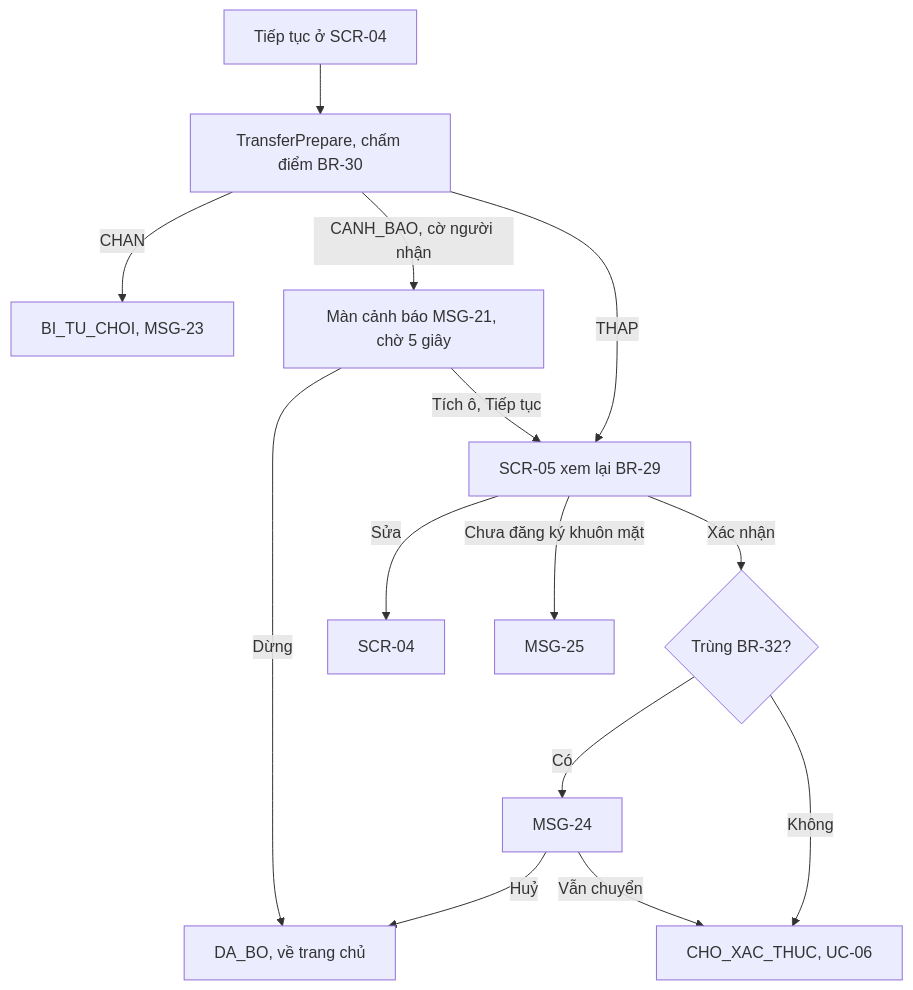
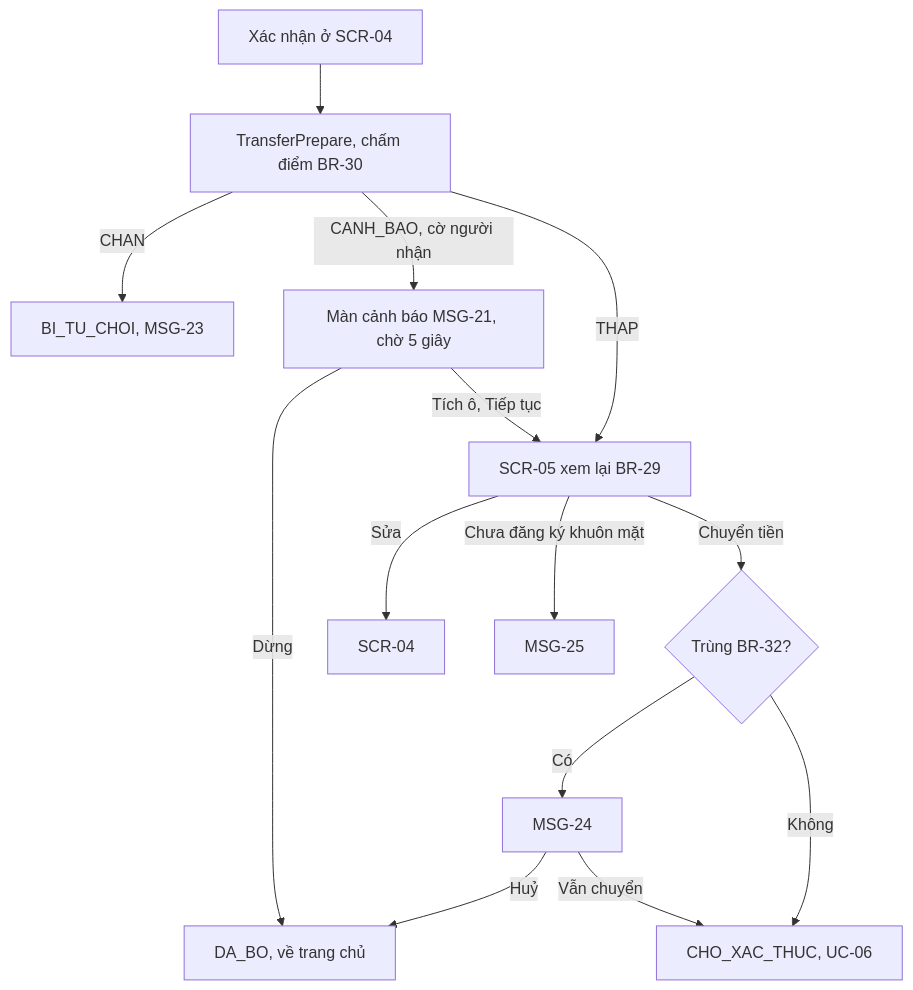
One commit to uxfoundation-vn/de07-chuyen-khoan-ngan-hang changed the eighth of 15 diagrams in docs/SRS.md. Above: the diagram before and after it, drawn with Mermaid. The commit also changed other lines of this file and 2 other files, not shown here.

First line of the commit message:
Đề 7: bấm Xác nhận ở màn chọn số tiền rồi mới xem lại giao dịch

````diff
--- a/docs/SRS.md
+++ b/docs/SRS.md
@@ -458,16 +458,16 @@
 ```mermaid
 flowchart TD
-  A["Tiếp tục ở SCR-04"] --> B["TransferPrepare, chấm điểm BR-30"]
+  A["Xác nhận ở SCR-04"] --> B["TransferPrepare, chấm điểm BR-30"]
   B -->|CHAN| B1["BI_TU_CHOI, MSG-23"]
   B -->|CANH_BAO, cờ người nhận| C["Màn cảnh báo MSG-21, chờ 5 giây"]
   C -->|Dừng| X["DA_BO, về trang chủ"]
   C -->|Tích ô, Tiếp tục| D
   B -->|THAP| D["SCR-05 xem lại BR-29"]
   D -->|Sửa| E["SCR-04"]
   D -->|Chưa đăng ký khuôn mặt| D1["MSG-25"]
-  D -->|Xác nhận| F{"Trùng BR-32?"}
+  D -->|Chuyển tiền| F{"Trùng BR-32?"}
   F -->|Có| G["MSG-24"]
   G -->|Huỷ| X
   G -->|Vẫn chuyển| H
   F -->|Không| H["CHO_XAC_THUC, UC-06"]
 ```
````
